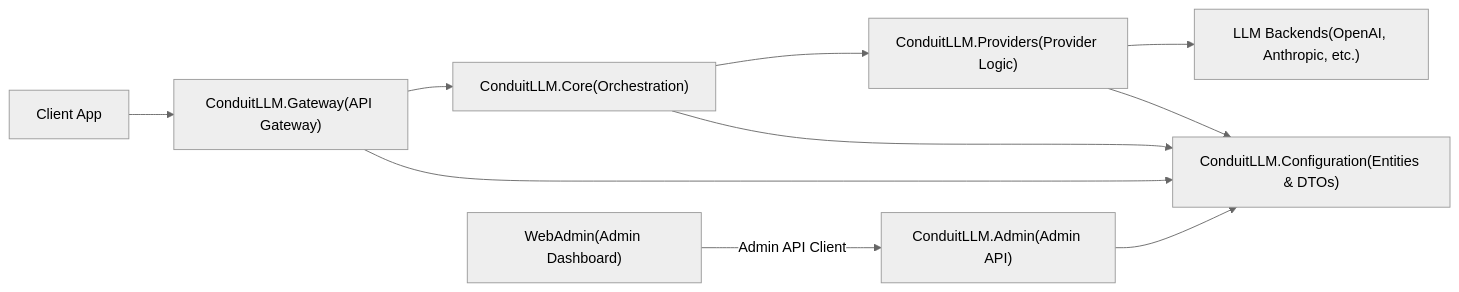
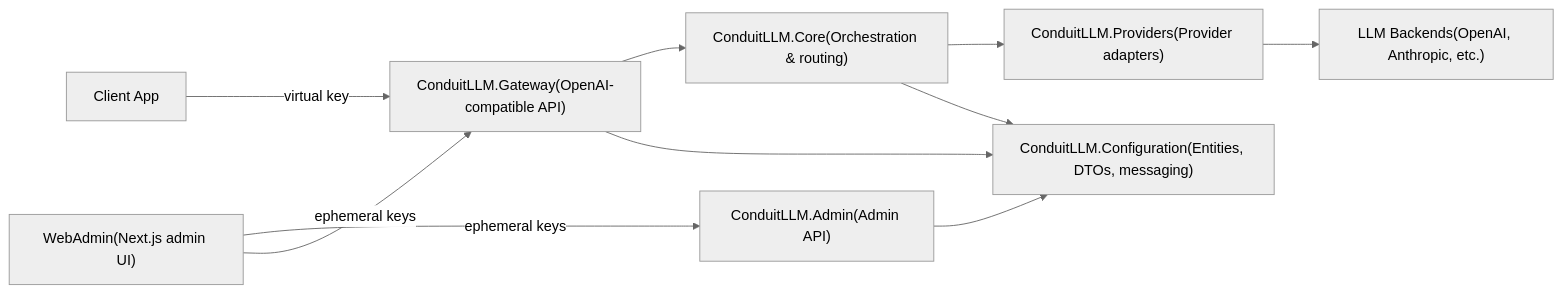
Before and after one commit to knnlabs/Conduit: the diagram in README.md, drawn with Mermaid (neutral theme). The commit also changed other lines of this file and 1 other file, not shown here.

````diff
--- a/README.md
+++ b/README.md
@@ -86,22 +69,12 @@
 ```mermaid
 flowchart LR
-    WebAdmin["WebAdmin(Admin Dashboard)"]
-    AdminAPI["ConduitLLM.Admin(Admin API)"]
-    Http["ConduitLLM.Gateway(API Gateway)"]
-    Core["ConduitLLM.Core(Orchestration)"]
-    Providers["ConduitLLM.Providers(Provider Logic)"]
-    Config["ConduitLLM.Configuration(Entities & DTOs)"]
-    LLM["LLM Backends(OpenAI, Anthropic, etc.)"]
-    
-    WebAdmin -->|Admin API Client| AdminAPI
+    Client["Client App"] -->|virtual key| Gateway["ConduitLLM.Gateway(OpenAI-compatible API)"]
+    WebAdmin["WebAdmin(Next.js admin UI)"] -->|ephemeral keys| AdminAPI["ConduitLLM.Admin(Admin API)"]
+    WebAdmin -->|ephemeral keys| Gateway
+    Gateway --> Core["ConduitLLM.Core(Orchestration & routing)"]
+    Core --> Providers["ConduitLLM.Providers(Provider adapters)"]
+    Providers --> LLM["LLM Backends(OpenAI, Anthropic, etc.)"]
+    Gateway --> Config["ConduitLLM.Configuration(Entities, DTOs, messaging)"]
     AdminAPI --> Config
-    
-    Client["Client App"] --> Http
-    Http --> Core
-    Core --> Providers
-    Providers --> LLM
-    
-    Http --> Config
     Core --> Config
-    Providers --> Config
 ```
````
